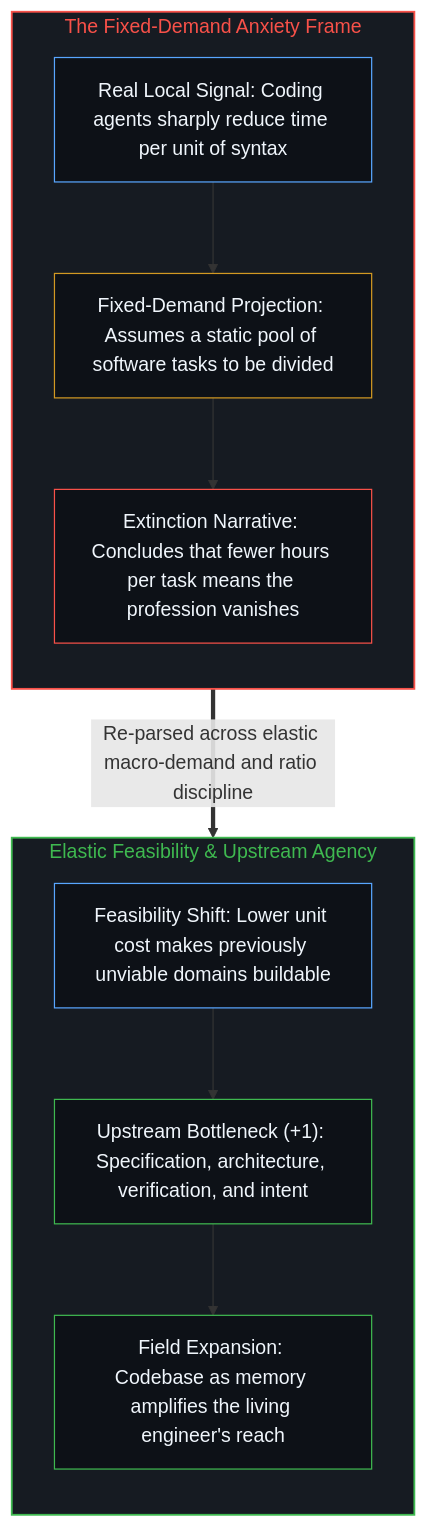
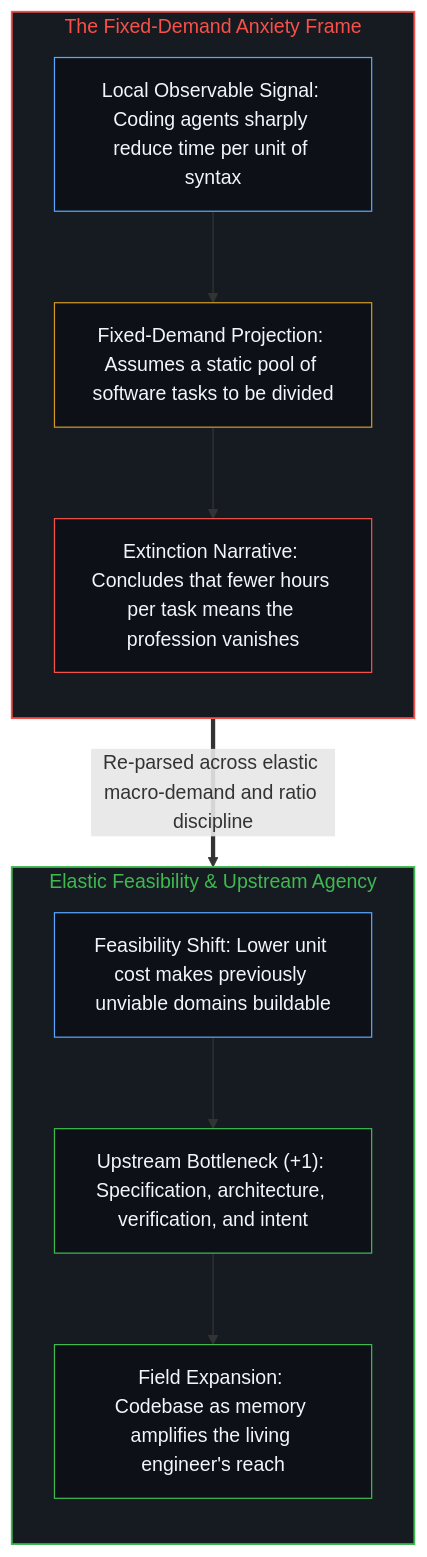
The second of 2 diagrams in content/posts/ai-wont-kill-software-engineering.md (powerpig99/not-a-toe), drawn with Mermaid before and after one commit. The commit also changed other lines of this file and 2 other files, not shown here.

````diff
--- a/content/posts/ai-wont-kill-software-engineering.md
+++ b/content/posts/ai-wont-kill-software-engineering.md
@@ -46,26 +46,26 @@
 ```mermaid
 flowchart TD
     subgraph S_Collapse["The Fixed-Demand Anxiety Frame"]
         direction TB
-        Signal["Real Local Signal: Coding agents sharply reduce time per unit of syntax"]
+        Signal["Local Observable Signal: Coding agents sharply reduce time per unit of syntax"]
         Fixed["Fixed-Demand Projection: Assumes a static pool of software tasks to be divided"]
         Panic["Extinction Narrative: Concludes that fewer hours per task means the profession vanishes"]
         Signal --> Fixed --> Panic
     end
     subgraph S_Expand["Elastic Feasibility & Upstream Agency"]
         direction TB
         Threshold["Feasibility Shift: Lower unit cost makes previously unviable domains buildable"]
         Upstream["Upstream Bottleneck (+1): Specification, architecture, verification, and intent"]
         Expand["Field Expansion: Codebase as memory amplifies the living engineer's reach"]
         Threshold --> Upstream --> Expand
     end
     Signal ==>|"Re-parsed across elastic macro-demand and ratio discipline"| Threshold
     style S_Collapse fill:#161b22,stroke:#f85149,stroke-width:1.5px,color:#f85149
     style S_Expand fill:#161b22,stroke:#3fb950,stroke-width:1.5px,color:#3fb950
     style Signal fill:#0d1117,stroke:#58a6ff,stroke-width:1px,color:#f0f6fc
     style Fixed fill:#0d1117,stroke:#d29922,stroke-width:1px,color:#f0f6fc
     style Panic fill:#0d1117,stroke:#f85149,stroke-width:1px,color:#f0f6fc
     style Threshold fill:#0d1117,stroke:#58a6ff,stroke-width:1px,color:#f0f6fc
     style Upstream fill:#0d1117,stroke:#3fb950,stroke-width:1px,color:#f0f6fc
     style Expand fill:#0d1117,stroke:#3fb950,stroke-width:1px,color:#f0f6fc
 ```
````
